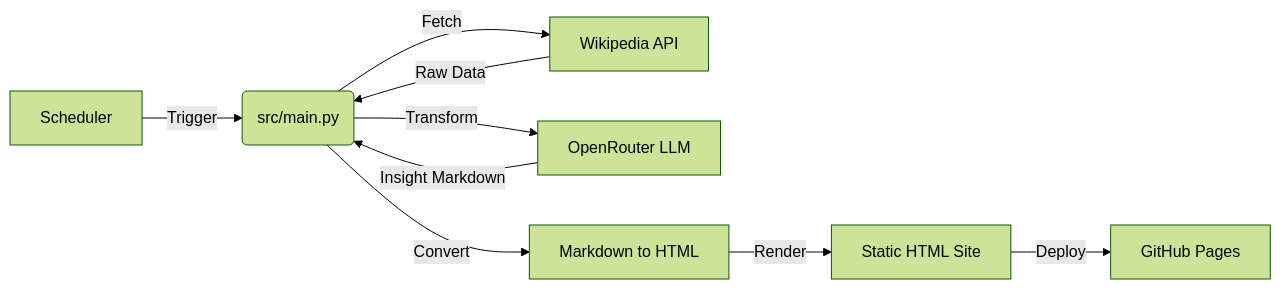
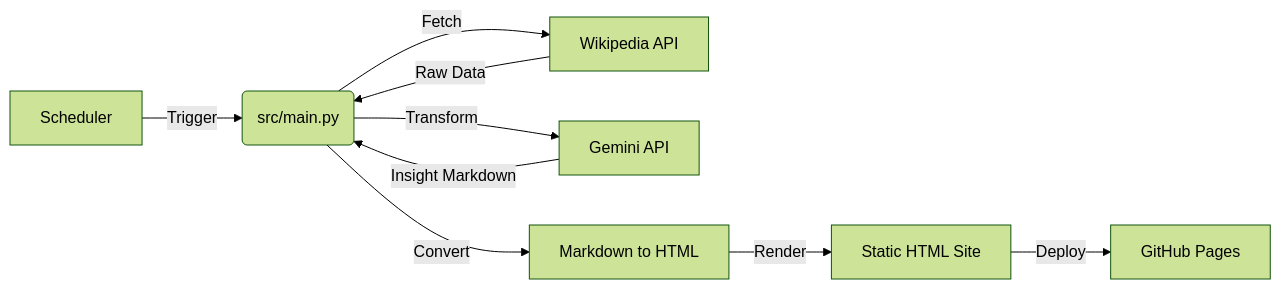
Before and after one commit to Makary-Kleinschmidt/daily-wiki-insights: the diagram in ARCHITECTURE.md, drawn with Mermaid (forest theme). The commit also changed other lines of this file and 1 other file, not shown here.

Commit message:
feat: Migrate LLM provider from OpenRouter to Gemini API, updating documentation, API keys, and adding rate limiting for the Gemini 3.0 Flash free tier.

````diff
--- a/ARCHITECTURE.md
+++ b/ARCHITECTURE.md
@@ -9,11 +9,11 @@
 ```mermaid
 graph LR
     A[Scheduler] -->|Trigger| B(src/main.py)
     B -->|Fetch| C[Wikipedia API]
     C -->|Raw Data| B
-    B -->|Transform| D[OpenRouter LLM]
+    B -->|Transform| D[Gemini API]
     D -->|Insight Markdown| B
     B -->|Convert| E[Markdown to HTML]
     E -->|Render| F[Static HTML Site]
     F -->|Deploy| G[GitHub Pages]
 ```
````
